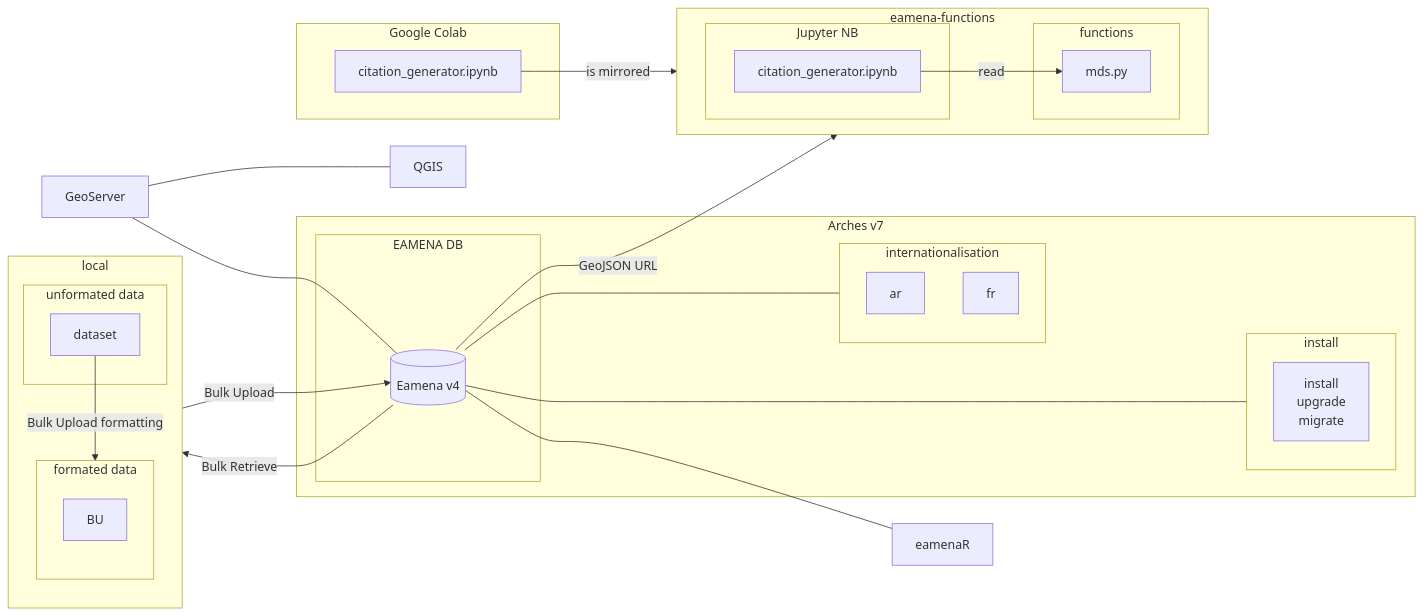
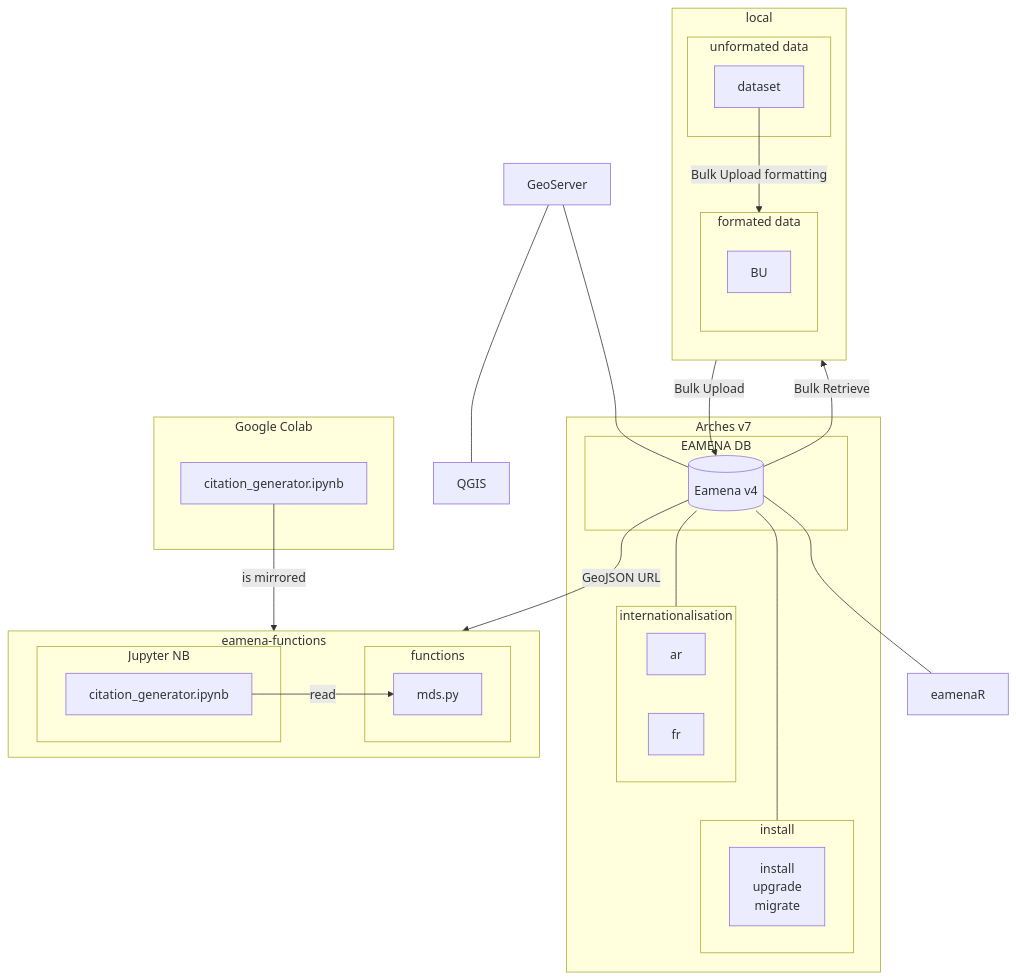
Before and after one commit to eamena-project/eamena-arches-dev: the diagram in dbs/database.eamena/README.md, drawn with Mermaid.

````diff
--- a/dbs/database.eamena/README.md
+++ b/dbs/database.eamena/README.md
@@ -9,56 +9,56 @@
 ```mermaid
-flowchart LR
+flowchart
   subgraph Arches v7
     subgraph EAMENA DB
     ea[(Eamena v4)]
     end
     subgraph internationalisation
       id6[ar];
       id7[fr];
     end 
     subgraph install
       id8[install<br>upgrade<br>migrate];
     end 
   end
   id3[GeoServer] --- ea;
   id3 --- id4[QGIS];
   subgraph local
     direction TB
     subgraph unformated data
       id9A[dataset]
     end
     subgraph formated data
       direction TB
       id9A -- Bulk Upload formatting --> id9B[BU];
       id9B -- Bulk Upload --> ea;
       ea -- Bulk Retrieve --> id9B;
     end
   end
   subgraph eamena-functions
     direction LR
     subgraph functions
       idf1[mds.py]
     end
     subgraph Jupyter NB
       idf2[citation_generator.ipynb] -- read --> idf1
     end
   end
   subgraph Google Colab
     idg1[citation_generator.ipynb] -- is mirrored --> idf2
   end
   ea -- GeoJSON URL --> idf1
   ea --- id5[eamenaR];
   ea --- internationalisation
   ea <--- install
 
   click id6 "https://github.com/eamena-project/eamena-arches-dev/tree/main/dbs/database.eamena/internationalisation" _blank
   click id7 "https://github.com/eamena-project/eamena-arches-dev/tree/main/dbs/database.eamena/internationalisation" _blank
   click id8 "https://github.com/eamena-project/eamena-arches-dev/tree/main/dbs/database.eamena/install" _blank
   click id3 "https://github.com/eamena-project/eamena-arches-dev/tree/main/geoserver" _blank
   click id4 "https://github.com/eamena-project/eamena-arches-dev/tree/main/gis/qgis" _blank
   click idf1 "https://github.com/eamena-project/eamena-functions/blob/main/mds/mds.py" _blank
   click idf2 "https://github.com/eamena-project/eamena-arches-dev/blob/main/dev/citations/citation_generator.ipynb" _blank
   click idg1 "https://colab.research.google.com/github/eamena-project/eamena-arches-dev/blob/main/dev/citations/citation_generator.ipynb" _blank
   click id5 "https://github.com/eamena-project/eamenaR" _blank
   click id9B "https://github.com/eamena-project/eamena-arches-dev/tree/main/data/bulk#readme" _blank
 ```
````
